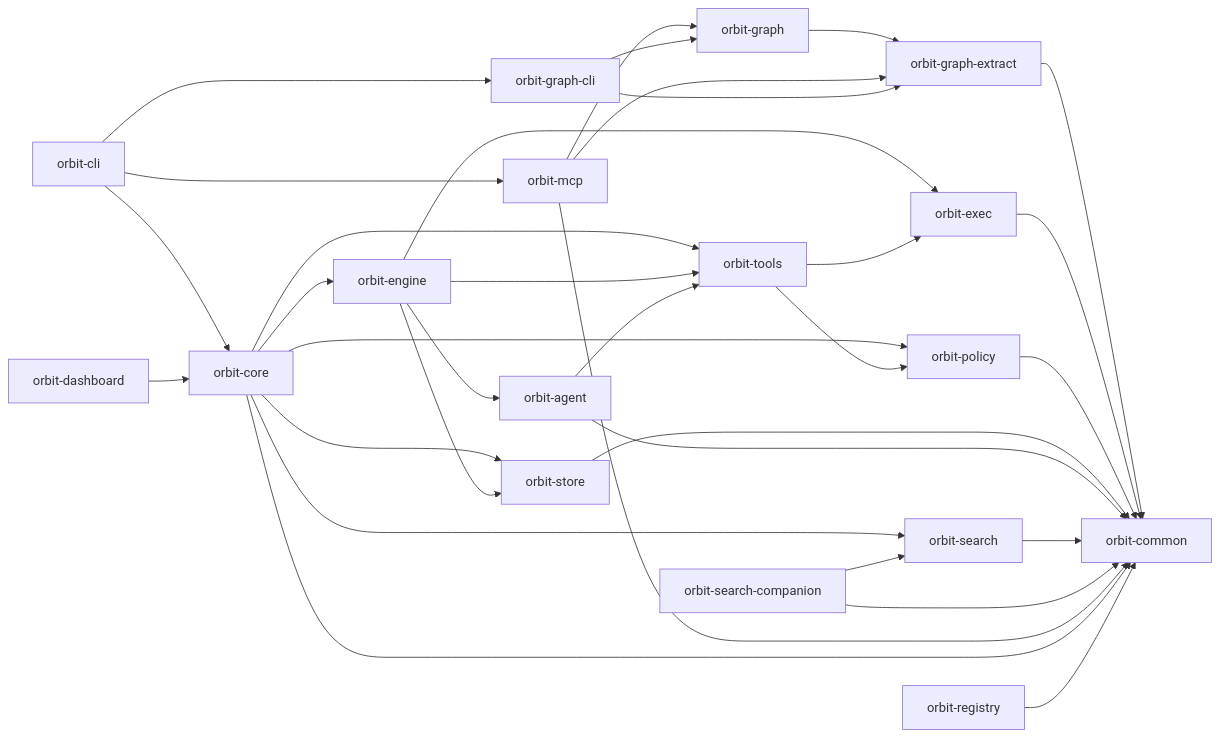
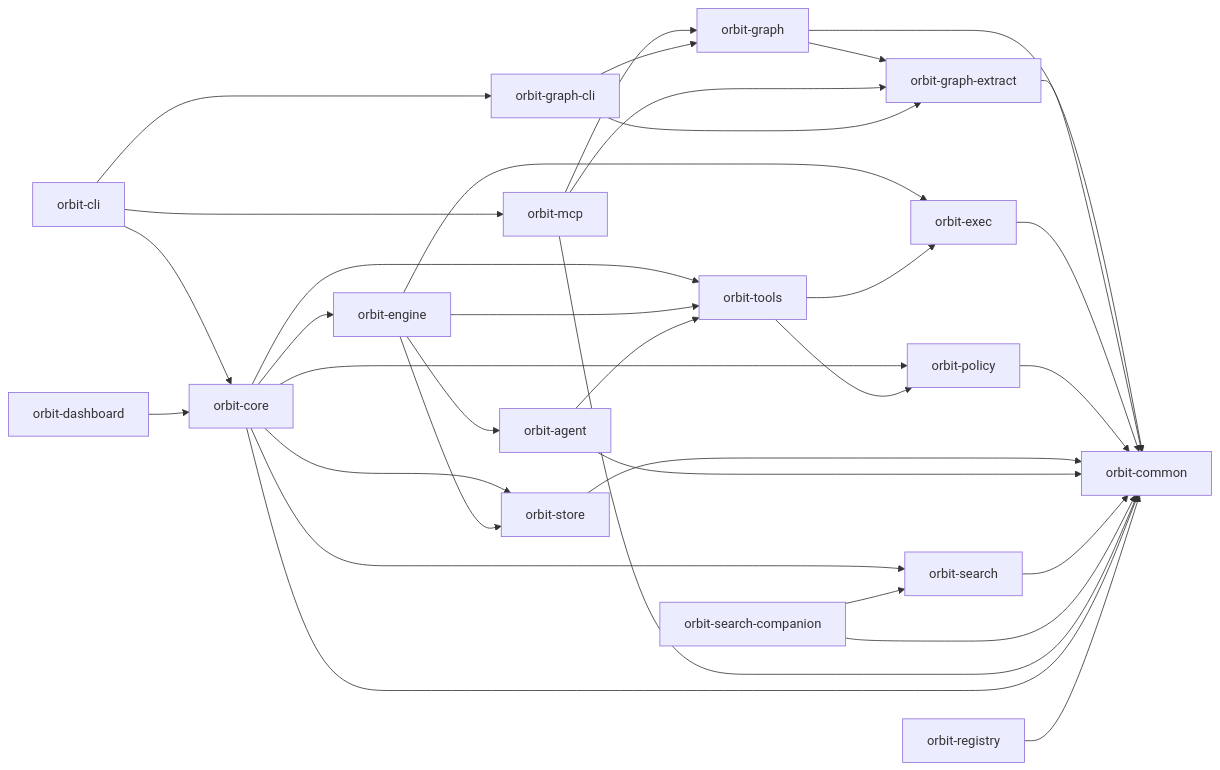
The diagram in ARCHITECTURE.md (danieljhkim/orbit), drawn with Mermaid before and after one commit. The commit also changed other lines of this file and 25 other files, not shown here.

````diff
--- a/ARCHITECTURE.md
+++ b/ARCHITECTURE.md
@@ -5,35 +5,36 @@
 ```mermaid
 flowchart LR
   CLI["orbit-cli"] --> Core["orbit-core"]
   CLI --> MCP["orbit-mcp"]
   CLI --> GraphCli["orbit-graph-cli"]
   Core --> Engine["orbit-engine"]
   Core --> Store["orbit-store"]
   Core --> Tools["orbit-tools"]
   Core --> Search["orbit-search"]
   Core --> Policy["orbit-policy"]
   Engine --> Agent["orbit-agent"]
   Engine --> Store
   Engine --> Exec["orbit-exec"]
   Engine --> Tools
   Agent --> Tools
   Graph["orbit-graph"] --> GraphExtract["orbit-graph-extract"]
+  Graph --> Common
   GraphExtract --> Common
   MCP --> Graph
   MCP --> GraphExtract
   Tools --> Exec["orbit-exec"]
   Tools --> Policy
   Exec --> Common["orbit-common"]
   Policy --> Common
   Store --> Common
   Agent --> Common
   Search --> Common
   SearchCompanion["orbit-search-companion"] --> Search
   SearchCompanion --> Common
   GraphCli["orbit-graph-cli"] --> Graph
   GraphCli --> GraphExtract
   MCP --> Common
   Dashboard["orbit-dashboard"] --> Core
   Core --> Common
   Registry["orbit-registry"] --> Common
 ```
````
